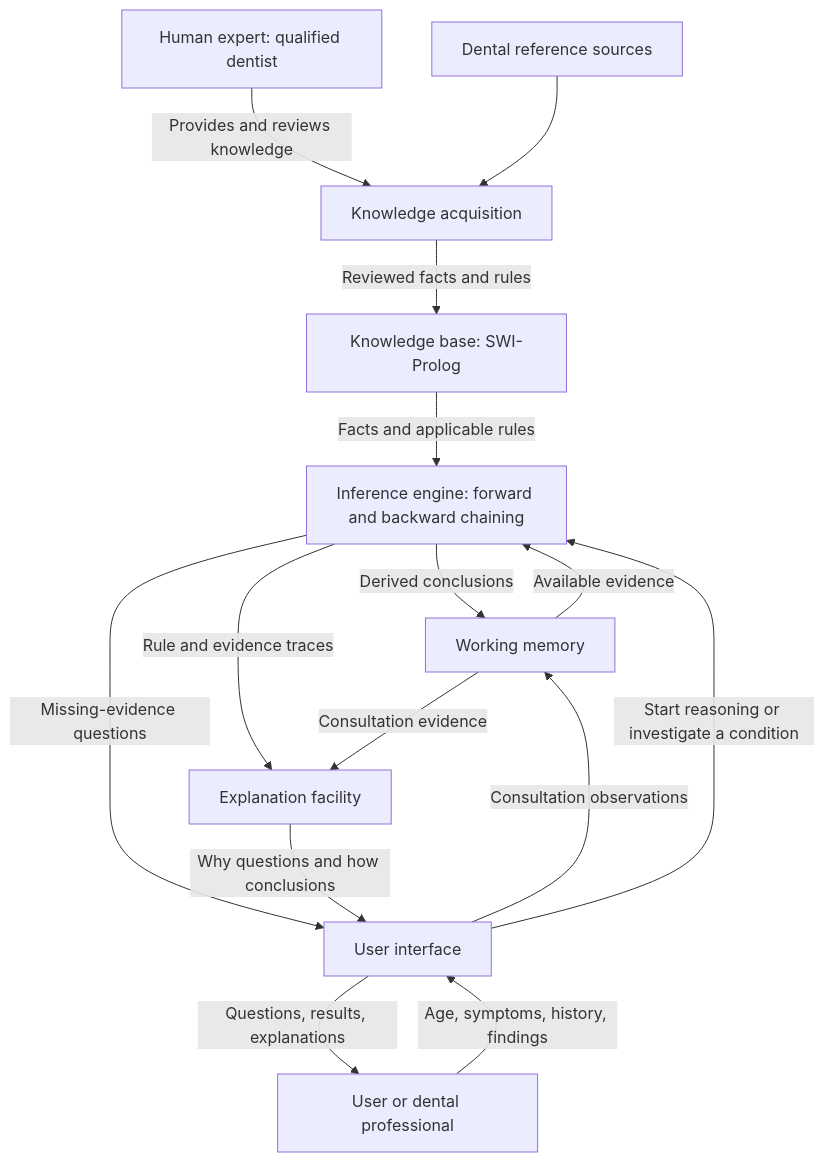
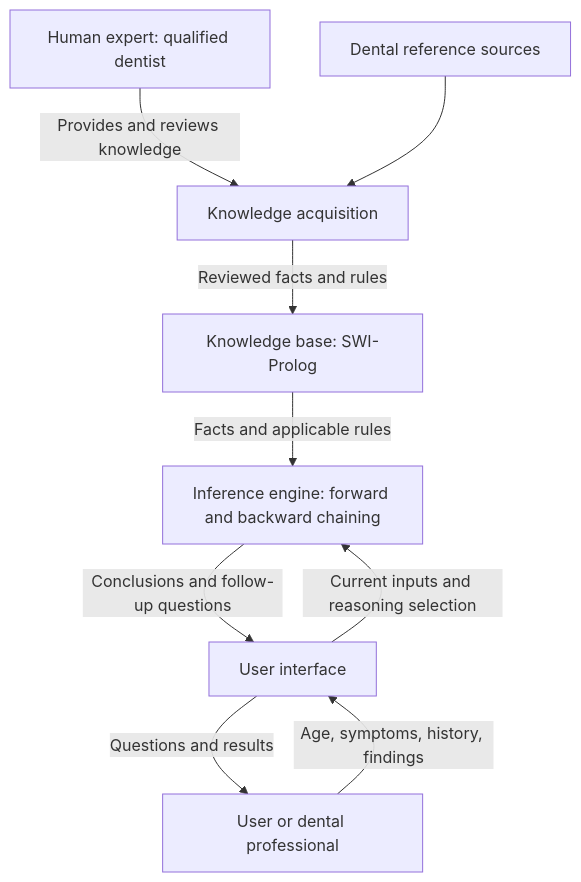
Before and after one commit to vishwajayawickrama/dental-expert-system: the diagram in docs/project-proposal.md, drawn with Mermaid. The commit also changed other lines of this file and 2 other files, not shown here.

Commit message:
Simplify architecture and document test cases

````diff
--- a/docs/project-proposal.md
+++ b/docs/project-proposal.md
@@ -81,17 +80,11 @@
 ```mermaid
 flowchart TD
     Expert["Human expert: qualified dentist"] -->|"Provides and reviews knowledge"| Acquisition["Knowledge acquisition"]
     Sources["Dental reference sources"] --> Acquisition
     Acquisition -->|"Reviewed facts and rules"| KB["Knowledge base: SWI-Prolog"]
     User["User or dental professional"] -->|"Age, symptoms, history, findings"| UI["User interface"]
-    UI -->|"Consultation observations"| WM["Working memory"]
-    UI -->|"Start reasoning or investigate a condition"| Engine["Inference engine: forward and backward chaining"]
+    UI -->|"Current inputs and reasoning selection"| Engine["Inference engine: forward and backward chaining"]
     KB -->|"Facts and applicable rules"| Engine
-    WM -->|"Available evidence"| Engine
-    Engine -->|"Derived conclusions"| WM
-    Engine -->|"Missing-evidence questions"| UI
-    Engine -->|"Rule and evidence traces"| Explain["Explanation facility"]
-    WM -->|"Consultation evidence"| Explain
-    Explain -->|"Why questions and how conclusions"| UI
-    UI -->|"Questions, results, explanations"| User
+    Engine -->|"Conclusions and follow-up questions"| UI
+    UI -->|"Questions and results"| User
 ```
````
